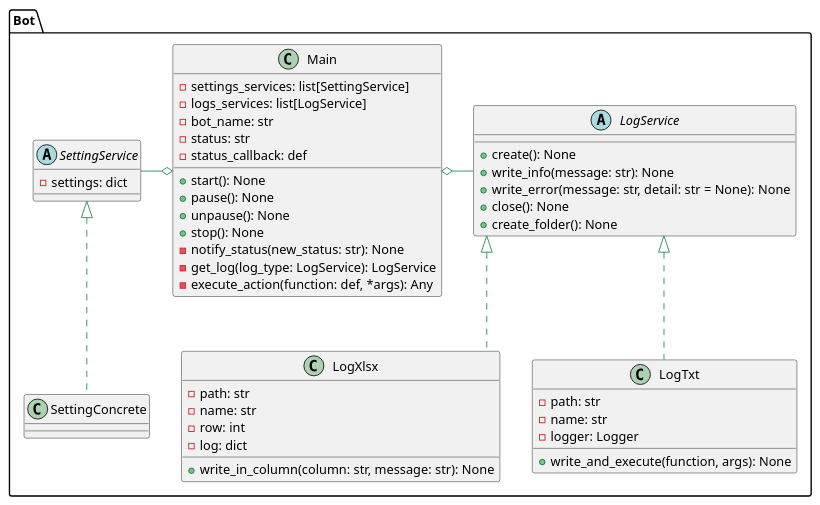
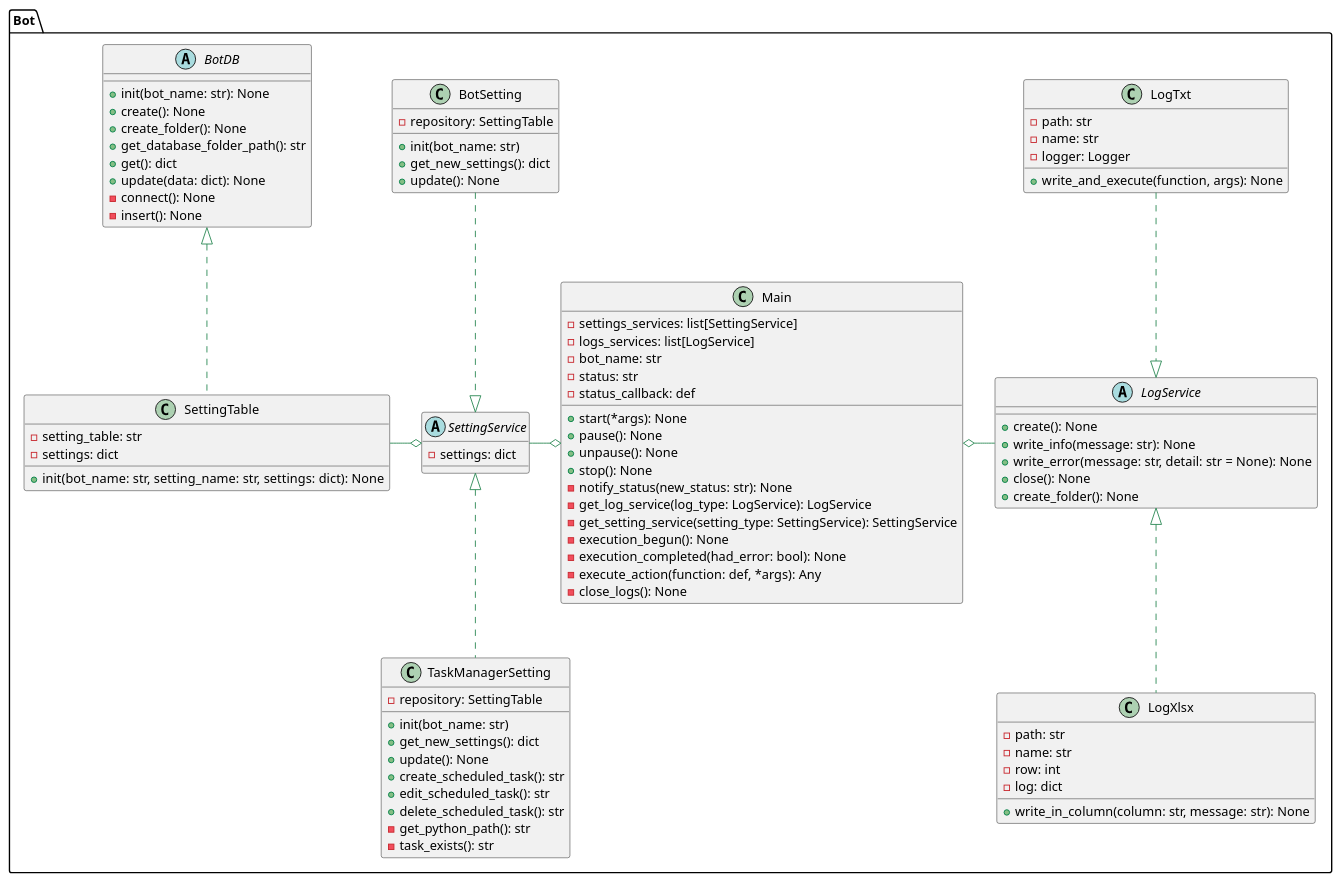
The diagram in diagram.puml (Gabs343/Template-bot), drawn with PlantUML before and after one commit.

Commit message:
class diagram

```diff
--- a/diagram.puml
+++ b/diagram.puml
@@ -1,61 +1,104 @@
 @startuml  
 skinparam {
     linetype ortho
     ArrowColor SeaGreen
 }
 
 package Bot{
     class Main{
         - settings_services: list[SettingService]
         - logs_services: list[LogService]
         - bot_name: str
         - status: str
         - status_callback: def
-        + start(): None
+        + start(*args): None
         + pause(): None
         + unpause(): None
         + stop(): None
         - notify_status(new_status: str): None
-        - get_log(log_type: LogService): LogService
+        - get_log_service(log_type: LogService): LogService
+        - get_setting_service(setting_type: SettingService): SettingService
+        - execution_begun(): None
+        - execution_completed(had_error: bool): None
         - execute_action(function: def, *args): Any
+        - close_logs(): None
+    }
+
+    abstract BotDB{
+        + init(bot_name: str): None
+        + create(): None
+        + create_folder(): None
+        + get_database_folder_path(): str
+        + get(): dict
+        + update(data: dict): None
+        - connect(): None
+        - insert(): None
+    }
+
+    class SettingTable{
+        - setting_table: str
+        - settings: dict
+        + init(bot_name: str, setting_name: str, settings: dict): None
     }
 
     abstract SettingService{
         - settings: dict
     }
-    class SettingConcrete{}
+    class BotSetting{
+        - repository: SettingTable
+        + init(bot_name: str)
+        + get_new_settings(): dict
+        + update(): None
+    }
+
+    class TaskManagerSetting{
+        - repository: SettingTable
+        + init(bot_name: str)
+        + get_new_settings(): dict
+        + update(): None
+        + create_scheduled_task(): str
+        + edit_scheduled_task(): str
+        + delete_scheduled_task(): str
+        - get_python_path(): str
+        - task_exists(): str
+    }
 
     abstract LogService{
         + create(): None
         + write_info(message: str): None
         + write_error(message: str, detail: str = None): None
         + close(): None
         + create_folder(): None
     }
 
     class LogTxt{
         - path: str
         - name: str
         - logger: Logger
 
         + write_and_execute(function, args): None
     }
 
     class LogXlsx{
         - path: str
         - name: str
         - row: int
         - log: dict
 
         + write_in_column(column: str, message: str): None
     }
 }
 
 Main o-left- SettingService
 Main o-right- LogService
 
-SettingService <|.. SettingConcrete
-LogService <|.. LogTxt
+BotDB <|.. SettingTable
+
+SettingService o-left- SettingTable
+SettingService <|.up. BotSetting
+SettingService <|.. TaskManagerSetting
+
+LogService <|.up. LogTxt
 LogService <|.. LogXlsx
 
 @enduml 
```
